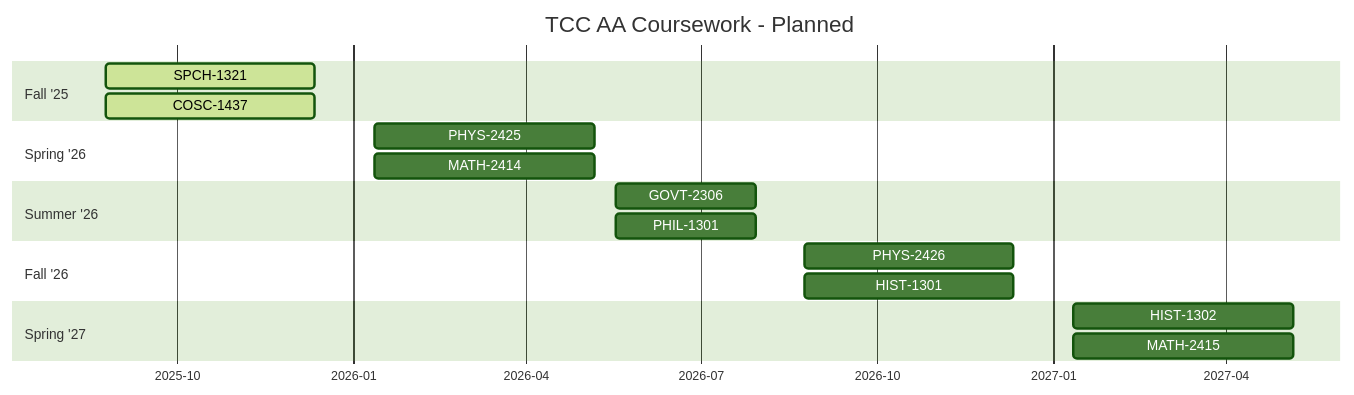
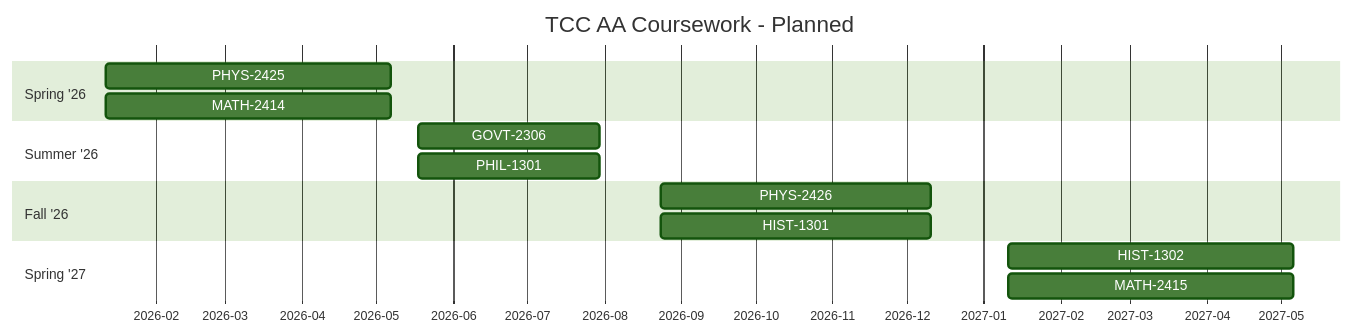
One commit to Oxymoron290/Oxymoron290 changed the third of 3 diagrams in DegreePlan.md. Above: the diagram before and after it, drawn with Mermaid (forest theme).

Commit message:
Update DegreePlan.md to remove Fall '25 courses
Removed Fall '25 courses from the Gantt chart.

````diff
--- a/DegreePlan.md
+++ b/DegreePlan.md
@@ -75,26 +79,22 @@
 ```mermaid
 gantt
     title TCC AA Coursework - Planned
     dateFormat  YYYY-MM-DD
     axisFormat  %Y-%m
-
-    section Fall '25
-    SPCH‑1321            :active, 2025-08-25, 2025-12-12
-    COSC‑1437            :active, 2025-08-25, 2025-12-12
 
     section Spring '26
     PHYS‑2425            :2026-01-12, 2026-05-07
     MATH‑2414            :2026-01-12, 2026-05-07
 
     section Summer '26
     GOVT‑2306            :2026-05-18, 2026-07-30
     PHIL‑1301            :2026-05-18, 2026-07-30
 
     section Fall '26
     PHYS‑2426            :2026-08-24, 2026-12-11
     HIST‑1301            :2026-08-24, 2026-12-11
 
     section Spring '27
     HIST‑1302            :2027-01-11, 2027-05-06
     MATH-2415            :2027-01-11, 2027-05-06
 ```
````
